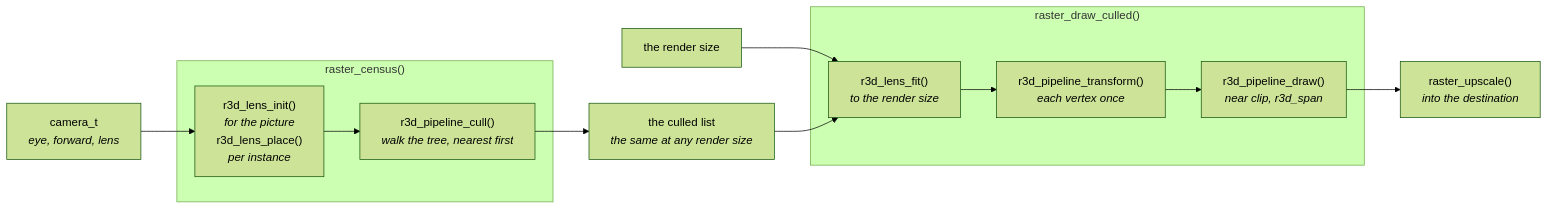
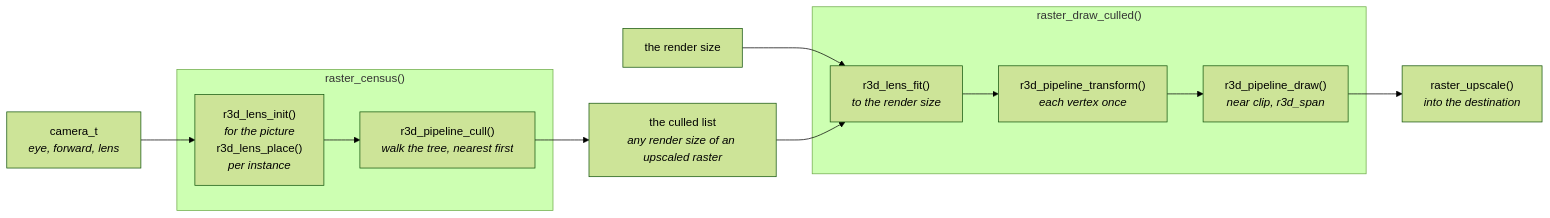
Before and after one commit to jose-villegas/autana: the first of 3 diagrams in docs/render/Mesh-Rendering.md, drawn with Mermaid (forest theme). The commit also changed other lines of this file and 5 other files, not shown here.

Commit message:
render: review round 2 - the census list's reach stated on an upscaled raster only; test comments claim what they check

````diff
--- a/docs/render/Mesh-Rendering.md
+++ b/docs/render/Mesh-Rendering.md
@@ -90,16 +90,16 @@
 ```mermaid
 flowchart LR
     Camera["camera_t<br/><i>eye, forward, lens</i>"] --> Picture
     subgraph Census["raster_census()"]
         Picture["r3d_lens_init()<br/><i>for the picture</i><br/>r3d_lens_place()<br/><i>per instance</i>"] --> Cull
         Cull["r3d_pipeline_cull()<br/><i>walk the tree, nearest first</i>"]
     end
-    Cull --> List["the culled list<br/><i>the same at any render size</i>"]
+    Cull --> List["the culled list<br/><i>any render size of an upscaled raster</i>"]
     Size["the render size"] --> Fit
     List --> Fit
     subgraph Draw["raster_draw_culled()"]
         Fit["r3d_lens_fit()<br/><i>to the render size</i>"] --> Transform["r3d_pipeline_transform()<br/><i>each vertex once</i>"]
         Transform --> DrawStage["r3d_pipeline_draw()<br/><i>near clip, r3d_span</i>"]
     end
     DrawStage --> Upscale["raster_upscale()<br/><i>into the destination</i>"]
 ```
````
